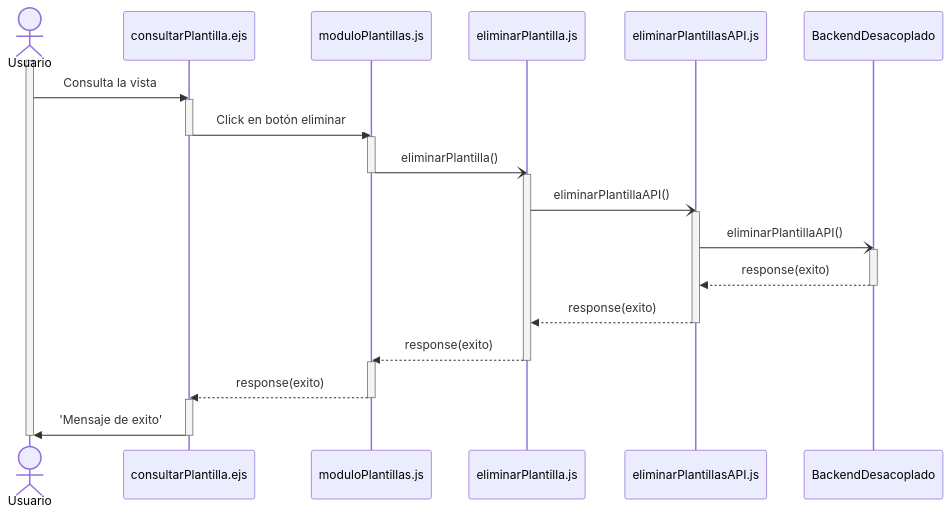
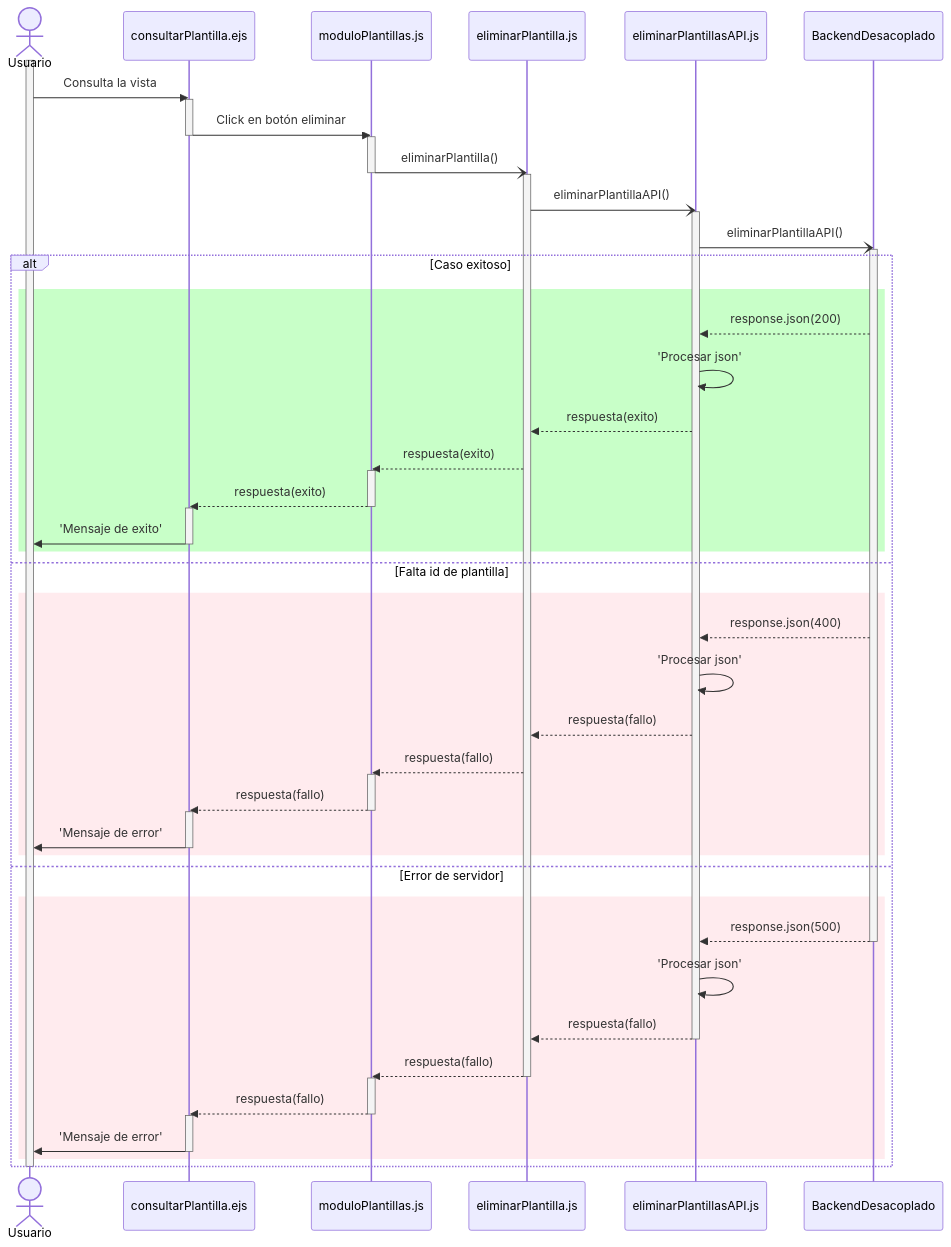
One commit to CodeAnd-Co/Documentacion changed the first of 2 diagrams in documentation/docs/proyectos/tractores/documentacion/requisitos/RF33.md. Above: the diagram before and after it, drawn with Mermaid.

Commit message:
Agregar flujos alternos RF33 app local

````diff
--- a/documentation/docs/proyectos/tractores/documentacion/requisitos/RF33.md
+++ b/documentation/docs/proyectos/tractores/documentacion/requisitos/RF33.md
@@ -31,39 +31,68 @@
-``` mermaid
+```mermaid
 sequenceDiagram
     actor Usuario
     participant vista as consultarPlantilla.ejs
     participant utilPlantilla as moduloPlantillas.js
     participant casoUso as eliminarPlantilla.js
     participant plantillaAPI as eliminarPlantillasAPI.js
     participant server as BackendDesacoplado
 
     activate Usuario
     Usuario ->> vista: Consulta la vista
     activate vista
     vista ->> utilPlantilla: Click en botón eliminar
     deactivate vista
     activate utilPlantilla
     utilPlantilla -) casoUso: eliminarPlantilla()
     deactivate utilPlantilla
     activate casoUso
     casoUso -) plantillaAPI: eliminarPlantillaAPI()
     
     activate plantillaAPI
     plantillaAPI -) server: eliminarPlantillaAPI()
     activate server 
-    server -->> plantillaAPI: response(exito)
-    deactivate server
-    plantillaAPI -->> casoUso: response(exito)
-    deactivate plantillaAPI
-    casoUso -->> utilPlantilla: response(exito)
-    deactivate casoUso
-    activate utilPlantilla
-    utilPlantilla -->> vista: response(exito)
-    deactivate utilPlantilla
-    activate vista
-    vista ->> Usuario: 'Mensaje de exito'
-    deactivate vista
+    alt Caso exitoso
+      rect rgb(200, 255, 200)
+      server -->> plantillaAPI: response.json(200)
+      plantillaAPI ->> plantillaAPI: 'Procesar json'
+      plantillaAPI -->> casoUso: respuesta(exito)
+      casoUso -->> utilPlantilla: respuesta(exito)
+      activate utilPlantilla
+      utilPlantilla -->> vista: respuesta(exito)
+      deactivate utilPlantilla
+      activate vista
+      vista ->> Usuario: 'Mensaje de exito'
+      deactivate vista
+      end
+    else Falta id de plantilla
+      rect rgb(255, 235, 238)
+      server -->> plantillaAPI: response.json(400)
+      plantillaAPI ->> plantillaAPI: 'Procesar json'
+      plantillaAPI -->> casoUso: respuesta(fallo)
+      casoUso -->> utilPlantilla: respuesta(fallo)
+      activate utilPlantilla
+      utilPlantilla -->> vista: respuesta(fallo)
+      deactivate utilPlantilla
+      activate vista
+      vista ->> Usuario: 'Mensaje de error'
+      deactivate vista
+      end
+    else Error de servidor
+      rect rgb(255, 235, 238)
+      server -->> plantillaAPI: response.json(500)
+      deactivate server
+      plantillaAPI ->> plantillaAPI: 'Procesar json'
+      plantillaAPI -->> casoUso: respuesta(fallo)
+      deactivate plantillaAPI
+      casoUso -->> utilPlantilla: respuesta(fallo)
+      deactivate casoUso
+      activate utilPlantilla
+      utilPlantilla -->> vista: respuesta(fallo)
+      deactivate utilPlantilla
+      activate vista
+      vista ->> Usuario: 'Mensaje de error'
+      deactivate vista
+      end
+    end
     deactivate Usuario
-
-
 ```
````
